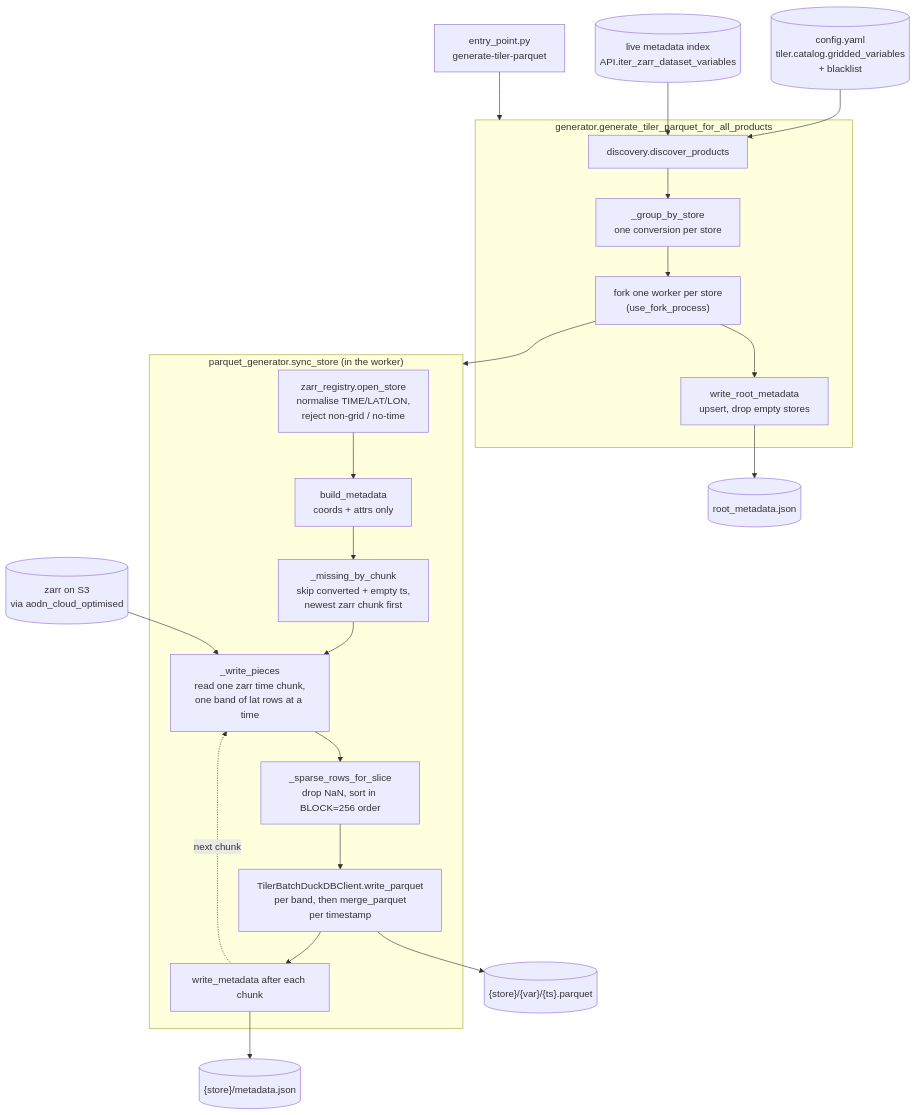
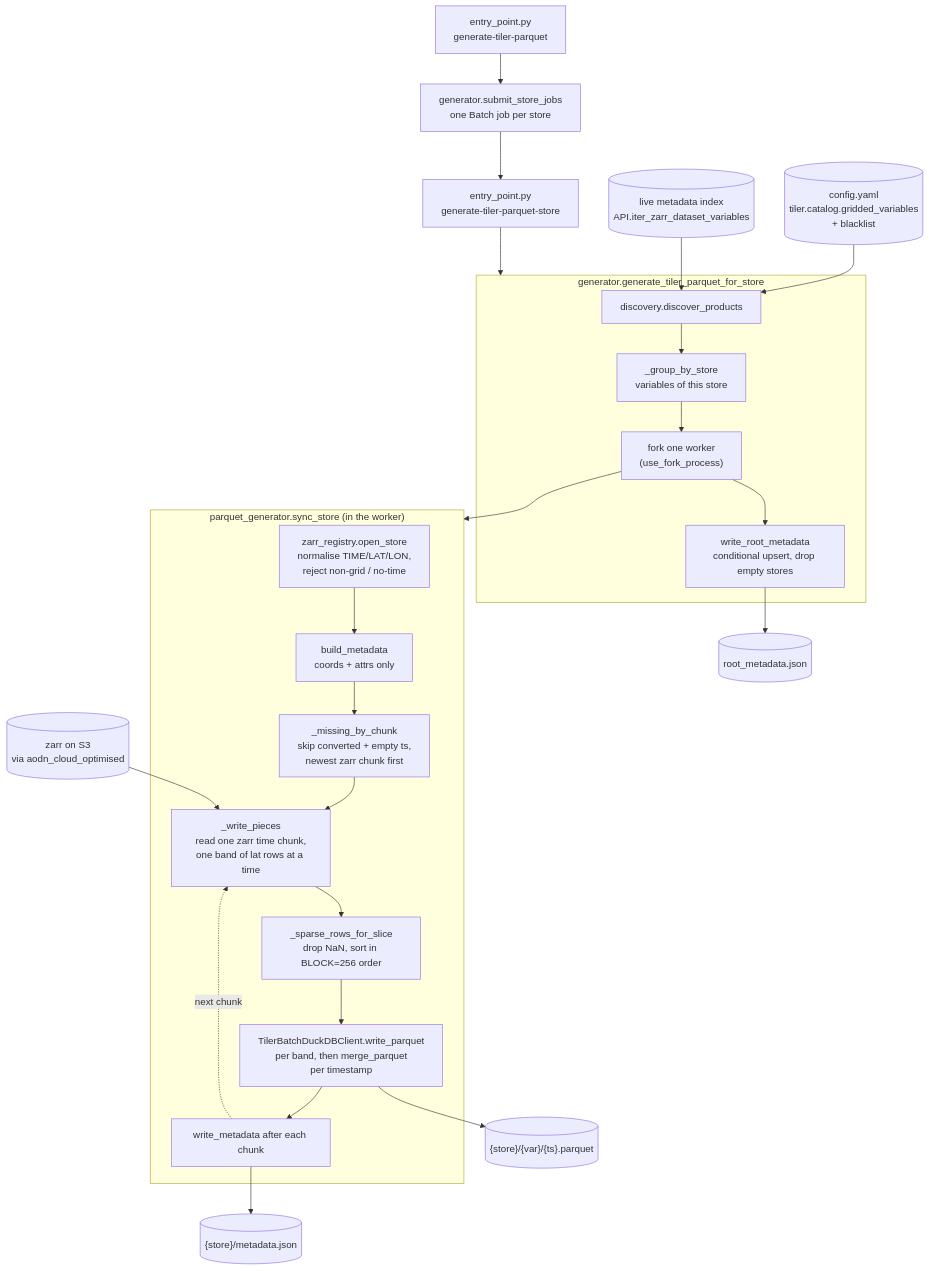
Before and after one commit to aodn/data-access-service: the first of 3 diagrams in data_access_service/tiler/ARCHITECTURE.md, drawn with Mermaid. The commit also changed 5 other files, not shown here.

Commit message:
enable tiler batch processing to submit jobs per store and handle metadata writes conditionally

````diff
--- a/data_access_service/tiler/ARCHITECTURE.md
+++ b/data_access_service/tiler/ARCHITECTURE.md
@@ -29,34 +29,35 @@
 ```mermaid
 flowchart TD
-    EP["entry_point.py<br/>generate-tiler-parquet"] --> GEN
+    EP["entry_point.py<br/>generate-tiler-parquet"] --> SUBMIT["generator.submit_store_jobs<br/>one Batch job per store"]
+    SUBMIT --> EPS["entry_point.py<br/>generate-tiler-parquet-store"] --> GEN
 
-    subgraph GEN["generator.generate_tiler_parquet_for_all_products"]
+    subgraph GEN["generator.generate_tiler_parquet_for_store"]
         DISC["discovery.discover_products"]
-        GROUP["_group_by_store<br/>one conversion per store"]
-        FORK["fork one worker per store<br/>(use_fork_process)"]
-        ROOT["write_root_metadata<br/>upsert, drop empty stores"]
+        GROUP["_group_by_store<br/>variables of this store"]
+        FORK["fork one worker<br/>(use_fork_process)"]
+        ROOT["write_root_metadata<br/>conditional upsert, drop empty stores"]
         DISC --> GROUP --> FORK --> ROOT
     end
 
     CFG[("config.yaml<br/>tiler.catalog.gridded_variables<br/>+ blacklist")] --> DISC
     META[("live metadata index<br/>API.iter_zarr_dataset_variables")] --> DISC
 
     FORK --> SYNC
 
     subgraph SYNC["parquet_generator.sync_store (in the worker)"]
         OPEN["zarr_registry.open_store<br/>normalise TIME/LAT/LON,<br/>reject non-grid / no-time"]
         BUILD["build_metadata<br/>coords + attrs only"]
         DIFF["_missing_by_chunk<br/>skip converted + empty ts,<br/>newest zarr chunk first"]
         FETCH["_write_pieces<br/>read one zarr time chunk,<br/>one band of lat rows at a time"]
         SPARSE["_sparse_rows_for_slice<br/>drop NaN, sort in BLOCK=256 order"]
         WRITE["TilerBatchDuckDBClient.write_parquet<br/>per band, then merge_parquet<br/>per timestamp"]
         SIDE["write_metadata after each chunk"]
         OPEN --> BUILD --> DIFF --> FETCH --> SPARSE --> WRITE --> SIDE
         SIDE -.next chunk.-> FETCH
     end
 
     ZARR[("zarr on S3<br/>via aodn_cloud_optimised")] --> FETCH
     WRITE --> PQ[("{store}/{var}/{ts}.parquet")]
     SIDE --> SM[("{store}/metadata.json")]
     ROOT --> RM[("root_metadata.json")]
 ```
````
